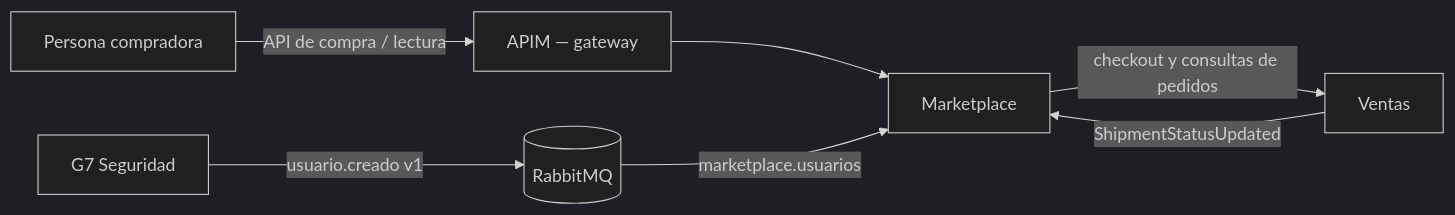
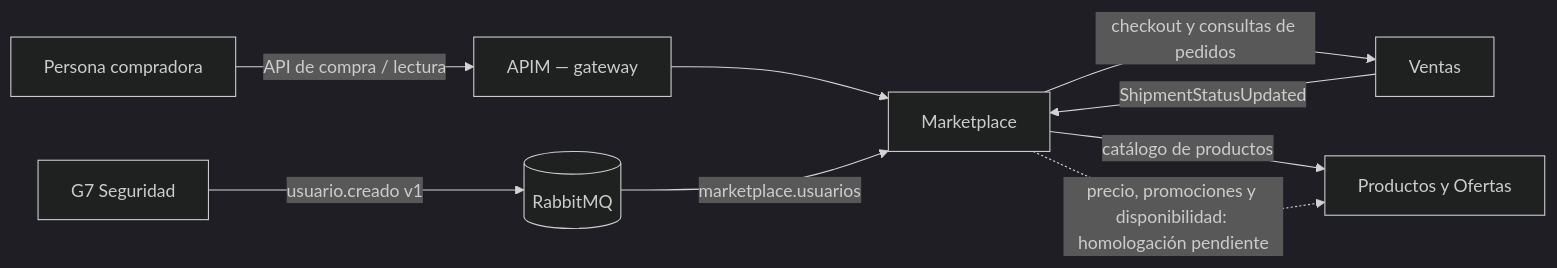
The first of 4 diagrams in docs/evidencias/H5/325-arquitectura-c4.md (Taller-SW-Web/G1-Marketplace-Backend), drawn with Mermaid (dark theme) before and after one commit. The commit also changed other lines of this file and 8 other files, not shown here.

````diff
--- a/docs/evidencias/H5/325-arquitectura-c4.md
+++ b/docs/evidencias/H5/325-arquitectura-c4.md
@@ -7,16 +7,19 @@
 ```mermaid
 flowchart LR
     Customer[Persona compradora]
     APIM[APIM — gateway]
     Marketplace[Marketplace]
+    G6[Productos y Ofertas]
     G7[G7 Seguridad]
     Rabbit[(RabbitMQ)]
     Sales[Ventas]
 
     Customer -->|API de compra / lectura| APIM
     APIM --> Marketplace
     Marketplace -->|checkout y consultas de pedidos| Sales
+    Marketplace -->|catálogo de productos| G6
+    Marketplace -.->|precio, promociones y disponibilidad: homologación pendiente| G6
     G7 -->|usuario.creado v1| Rabbit
     Rabbit -->|marketplace.usuarios| Marketplace
     Sales -->|ShipmentStatusUpdated| Marketplace
 ```
````
